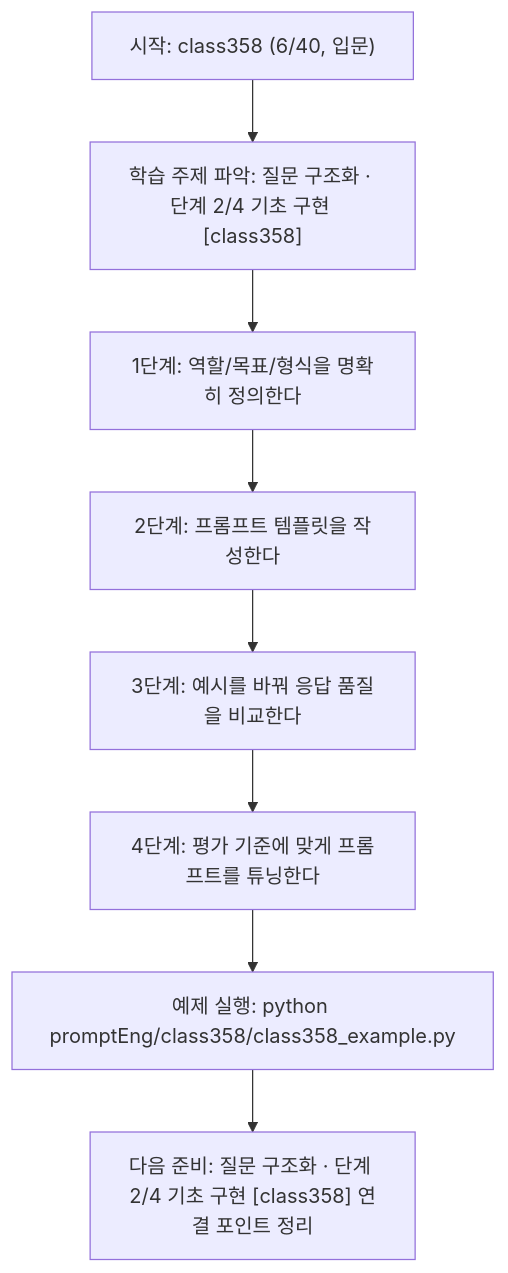
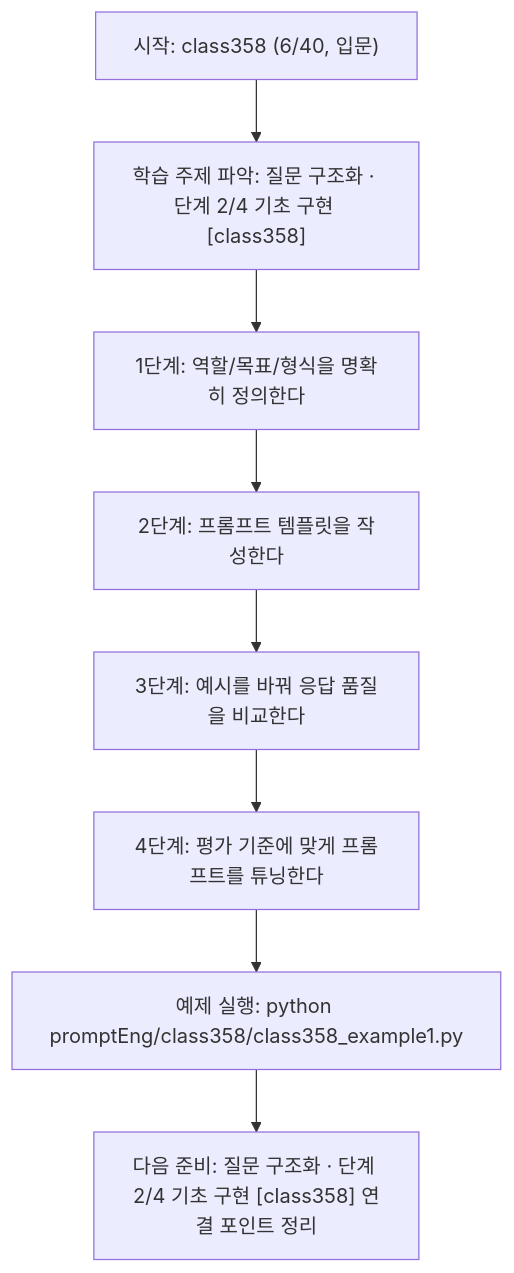
One commit to edumgt/Python-AI_Agent-Class changed the diagram in promptEng/class358/class358.md. Above: the diagram before and after it, drawn with Mermaid. The commit also changed other lines of this file and 2959 other files, not shown here.

````diff
--- a/promptEng/class358/class358.md
+++ b/promptEng/class358/class358.md
@@ -109,18 +109,18 @@
 ```mermaid
 flowchart TD
 N1["시작: class358 (6/40, 입문)"]
 N2["학습 주제 파악: 질문 구조화 · 단계 2/4 기초 구현 [class358]"]
 N3["1단계: 역할/목표/형식을 명확히 정의한다"]
 N4["2단계: 프롬프트 템플릿을 작성한다"]
 N5["3단계: 예시를 바꿔 응답 품질을 비교한다"]
 N6["4단계: 평가 기준에 맞게 프롬프트를 튜닝한다"]
-N7["예제 실행: python promptEng/class358/class358_example.py"]
+N7["예제 실행: python promptEng/class358/class358_example1.py"]
 N8["다음 준비: 질문 구조화 · 단계 2/4 기초 구현 [class358] 연결 포인트 정리"]
 N1 --> N2
 N2 --> N3
 N3 --> N4
 N4 --> N5
 N5 --> N6
 N6 --> N7
 N7 --> N8
 ```
````
